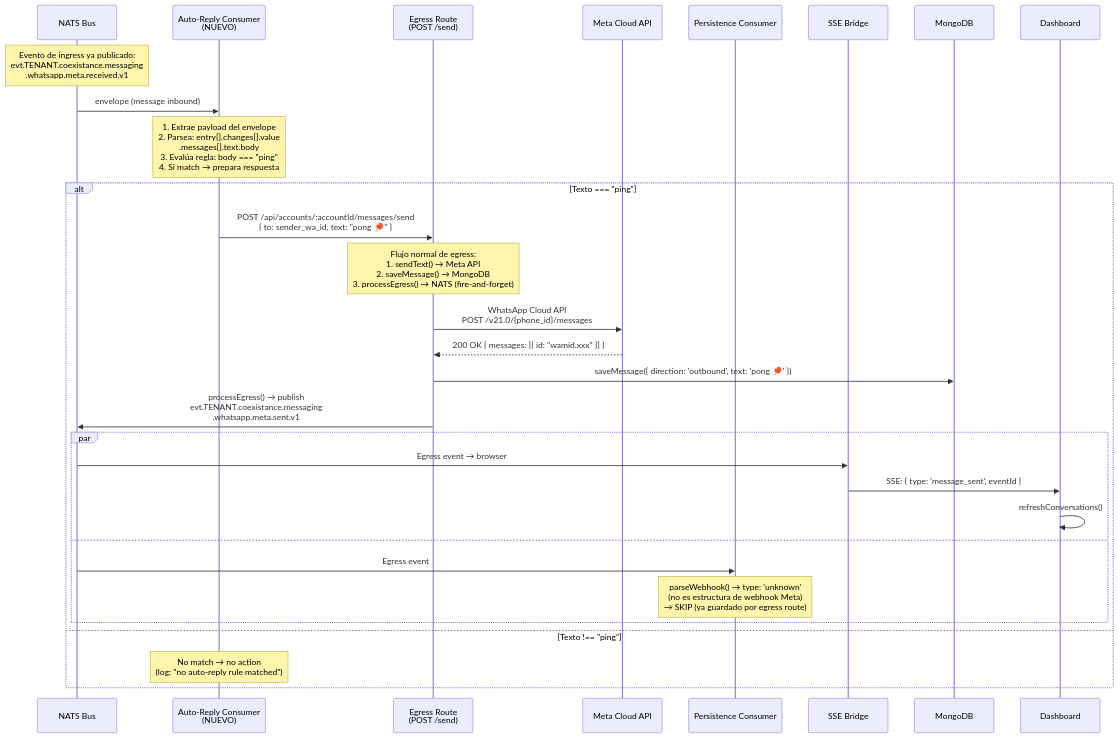
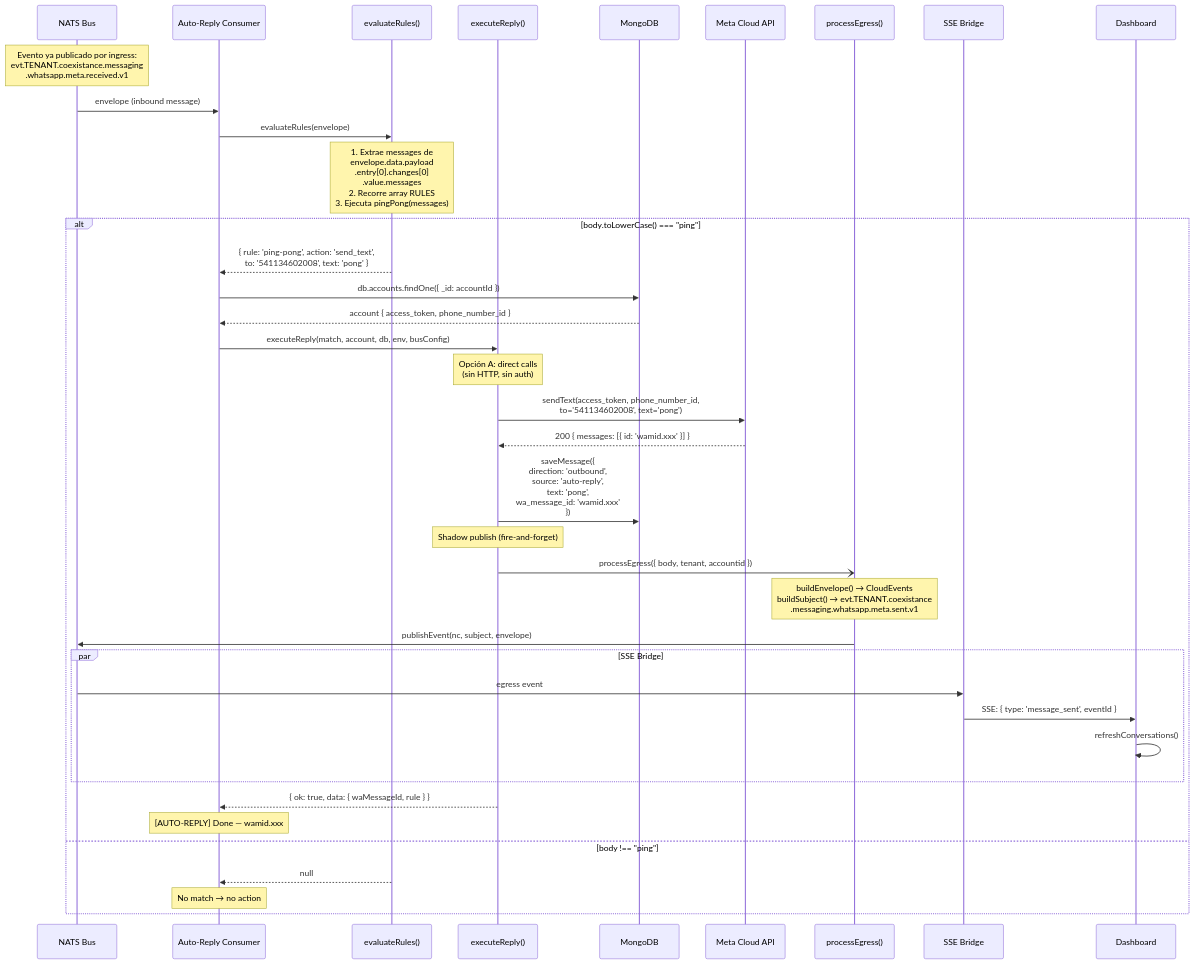
Before and after one commit to ccarnero/colloqui: the diagram in coexistance/docs/flujos/02-pong-auto-reply.md, drawn with Mermaid. The commit also changed other lines of this file and 184 other files, not shown here.

````diff
--- a/coexistance/docs/flujos/02-pong-auto-reply.md
+++ b/coexistance/docs/flujos/02-pong-auto-reply.md
@@ -26,42 +25,57 @@
 ```mermaid
 sequenceDiagram
     participant Bus as NATS Bus
-    participant AutoReply as Auto-Reply Consumer<br/>(NUEVO)
-    participant Egress as Egress Route<br/>(POST /send)
+    participant AR as Auto-Reply Consumer
+    participant Rules as evaluateRules()
+    participant Exec as executeReply()
+    participant DB as MongoDB
     participant Meta as Meta Cloud API
-    participant Persist as Persistence Consumer
+    participant Egress as processEgress()
     participant SSE as SSE Bridge
-    participant DB as MongoDB
     participant Browser as Dashboard
 
-    Note over Bus: Evento de ingress ya publicado:<br/>evt.TENANT.coexistance.messaging<br/>.whatsapp.meta.received.v1
+    Note over Bus: Evento ya publicado por ingress:<br/>evt.TENANT.coexistance.messaging<br/>.whatsapp.meta.received.v1
 
-    Bus->>AutoReply: envelope (message inbound)
+    Bus->>AR: envelope (inbound message)
 
-    Note over AutoReply: 1. Extrae payload del envelope<br/>2. Parsea: entry[].changes[].value<br/>.messages[].text.body<br/>3. Evalúa regla: body === "ping"<br/>4. Si match → prepara respuesta
+    AR->>Rules: evaluateRules(envelope)
 
-    alt Texto === "ping"
-        AutoReply->>Egress: POST /api/accounts/:accountId/messages/send<br/>{ to: sender_wa_id, text: "pong 🏓" }
+    Note over Rules: 1. Extrae messages de<br/>envelope.data.payload<br/>.entry[0].changes[0]<br/>.value.messages<br/>2. Recorre array RULES<br/>3. Ejecuta pingPong(messages)
 
-        Note over Egress: Flujo normal de egress:<br/>1. sendText() → Meta API<br/>2. saveMessage() → MongoDB<br/>3. processEgress() → NATS (fire-and-forget)
+    alt body.toLowerCase() === "ping"
+        Rules-->>AR: { rule: 'ping-pong', action: 'send_text',<br/>to: '541134602008', text: 'pong' }
 
-        Egress->>Meta: WhatsApp Cloud API<br/>POST /v21.0/{phone_id}/messages
-        Meta-->>Egress: 200 OK { messages: [{ id: "wamid.xxx" }] }
+        AR->>DB: db.accounts.findOne({ _id: accountId })
+        DB-->>AR: account { access_token, phone_number_id }
 
-        Egress->>DB: saveMessage({ direction: 'outbound', text: 'pong 🏓' })
+        AR->>Exec: executeReply(match, account, db, env, busConfig)
 
-        Egress->>Bus: processEgress() → publish<br/>evt.TENANT.coexistance.messaging<br/>.whatsapp.meta.sent.v1
+        Note over Exec: Opción A: direct calls<br/>(sin HTTP, sin auth)
 
-        par
-            Bus->>SSE: Egress event → browser
+        Exec->>Meta: sendText(access_token, phone_number_id,<br/>to='541134602008', text='pong')
+        Meta-->>Exec: 200 { messages: [{ id: 'wamid.xxx' }] }
+
+        Exec->>DB: saveMessage({<br/>direction: 'outbound',<br/>source: 'auto-reply',<br/>text: 'pong',<br/>wa_message_id: 'wamid.xxx'<br/>})
+
+        Note over Exec: Shadow publish (fire-and-forget)
+
+        Exec-)Egress: processEgress({ body, tenant, accountid })
+
+        Note over Egress: buildEnvelope() → CloudEvents<br/>buildSubject() → evt.TENANT.coexistance<br/>.messaging.whatsapp.meta.sent.v1
+
+        Egress->>Bus: publishEvent(nc, subject, envelope)
+
+        par SSE Bridge
+            Bus->>SSE: egress event
             SSE->>Browser: SSE: { type: 'message_sent', eventId }
             Browser->>Browser: refreshConversations()
-        and
-            Bus->>Persist: Egress event
-            Note over Persist: parseWebhook() → type: 'unknown'<br/>(no es estructura de webhook Meta)<br/>→ SKIP (ya guardado por egress route)
         end
 
-    else Texto !== "ping"
-        Note over AutoReply: No match → no action<br/>(log: "no auto-reply rule matched")
+        Exec-->>AR: { ok: true, data: { waMessageId, rule } }
+        Note over AR: [AUTO-REPLY] Done — wamid.xxx
+
+    else body !== "ping"
+        Rules-->>AR: null
+        Note over AR: No match → no action
     end
 ```
````
